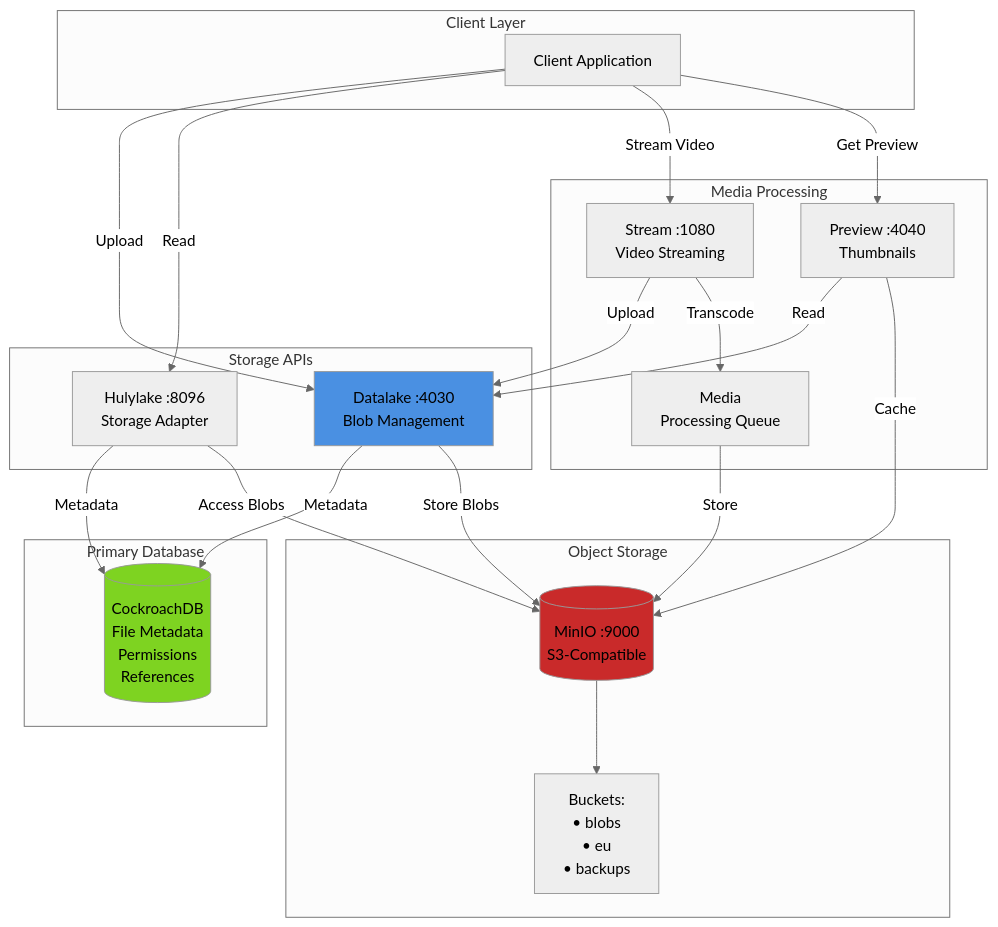
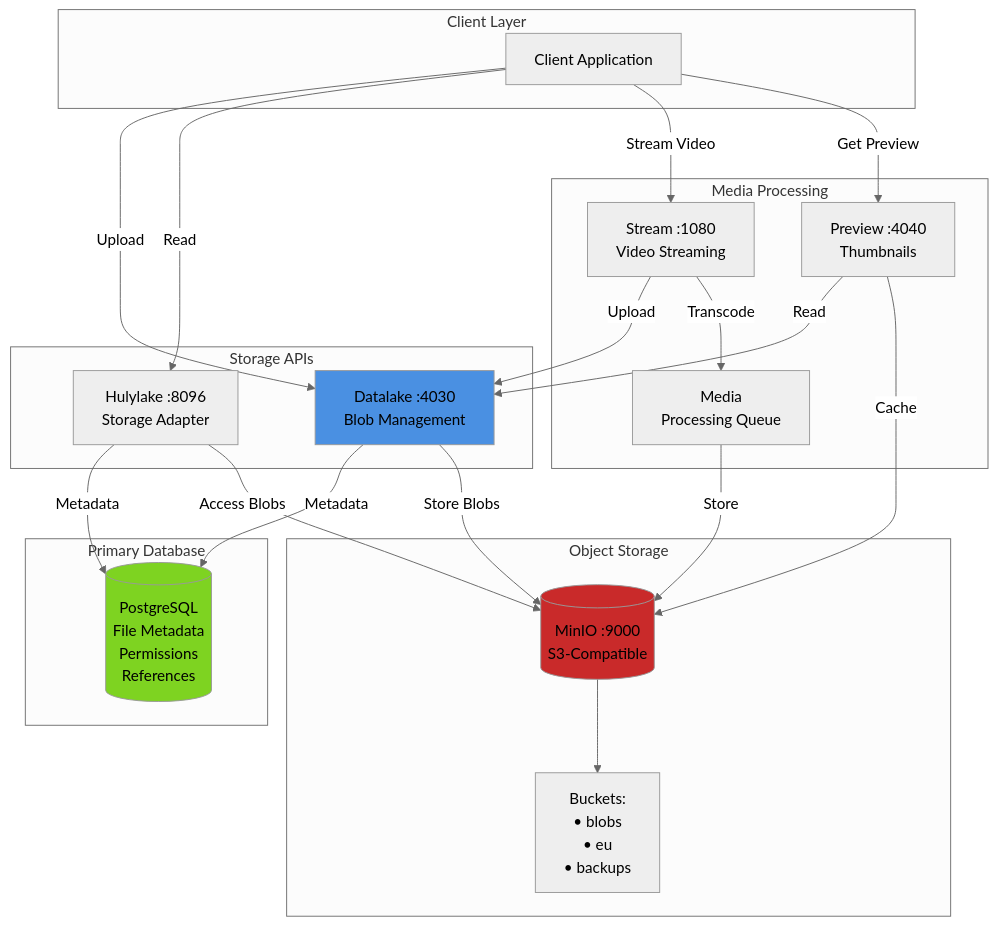
One commit to TraceX-dev/TraceX changed the third of 4 diagrams in ARCHITECTURE_OVERVIEW.md. Above: the diagram before and after it, drawn with Mermaid (neutral theme). The commit also changed other lines of this file and 177 other files, not shown here.

````diff
--- a/ARCHITECTURE_OVERVIEW.md
+++ b/ARCHITECTURE_OVERVIEW.md
@@ -259,51 +259,51 @@
 ```mermaid
 graph TB
     subgraph "Client Layer"
         Client[Client Application]
     end
     
     subgraph "Storage APIs"
         Datalake[Datalake :4030<br/>Blob Management]
         Hulylake[Hulylake :8096<br/>Storage Adapter]
     end
     
     subgraph "Primary Database"
-        CockroachDB[(CockroachDB<br/>File Metadata<br/>Permissions<br/>References)]
+        PostgreSQL[(PostgreSQL<br/>File Metadata<br/>Permissions<br/>References)]
     end
     
     subgraph "Object Storage"
         Minio[(MinIO :9000<br/>S3-Compatible)]
         Buckets[Buckets:<br/>• blobs<br/>• eu<br/>• backups]
     end
     
     subgraph "Media Processing"
         Preview[Preview :4040<br/>Thumbnails]
         Stream[Stream :1080<br/>Video Streaming]
         Media[Media<br/>Processing Queue]
     end
     
     Client -->|Upload| Datalake
     Client -->|Read| Hulylake
     Client -->|Stream Video| Stream
     Client -->|Get Preview| Preview
     
-    Datalake -->|Metadata| CockroachDB
+    Datalake -->|Metadata| PostgreSQL
     Datalake -->|Store Blobs| Minio
     
-    Hulylake -->|Metadata| CockroachDB
+    Hulylake -->|Metadata| PostgreSQL
     Hulylake -->|Access Blobs| Minio
     
     Minio --> Buckets
     
     Preview -->|Read| Datalake
     Preview -->|Cache| Minio
     
     Stream -->|Upload| Datalake
     Stream -->|Transcode| Media
     
     Media -->|Store| Minio
     
     style Datalake fill:#4A90E2
     style Minio fill:#C92A2A
-    style CockroachDB fill:#7ED321
+    style PostgreSQL fill:#7ED321
 ```
````
